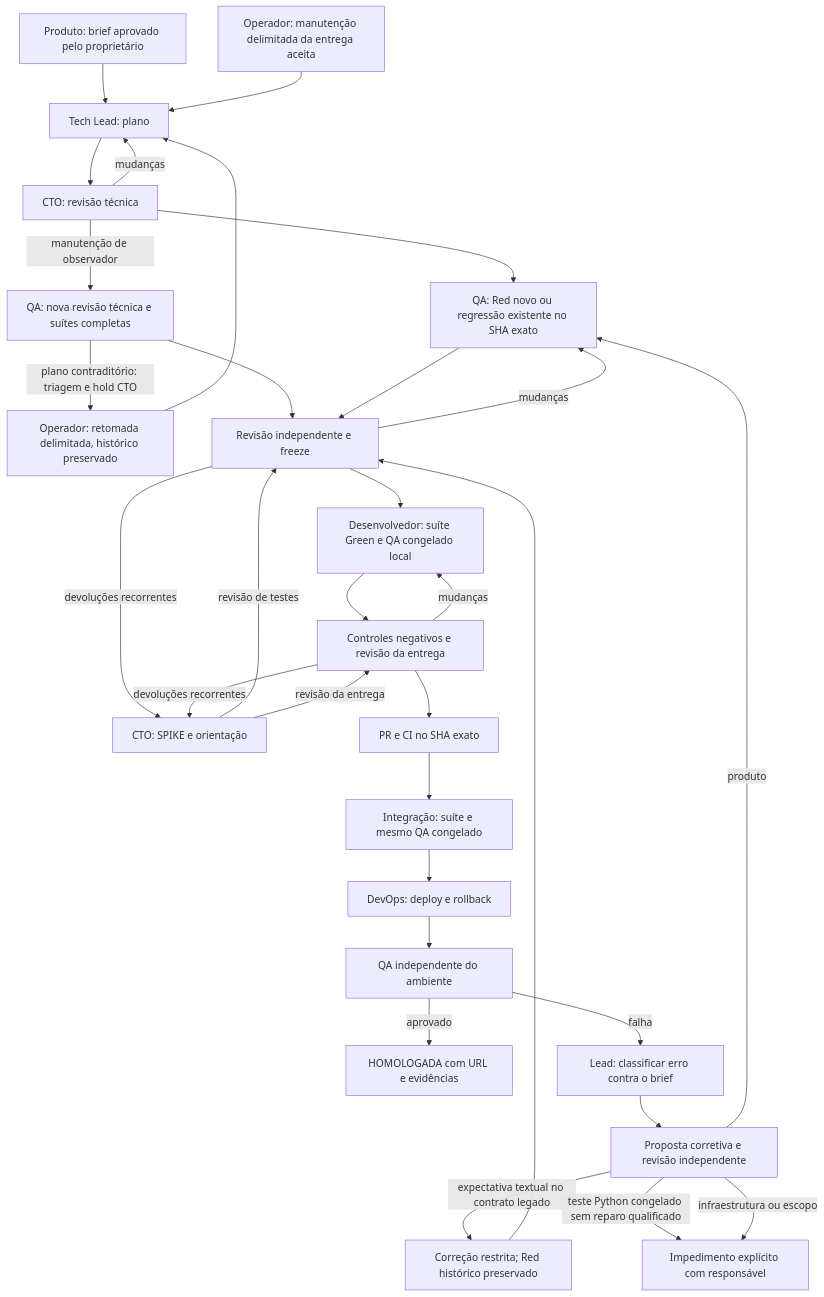
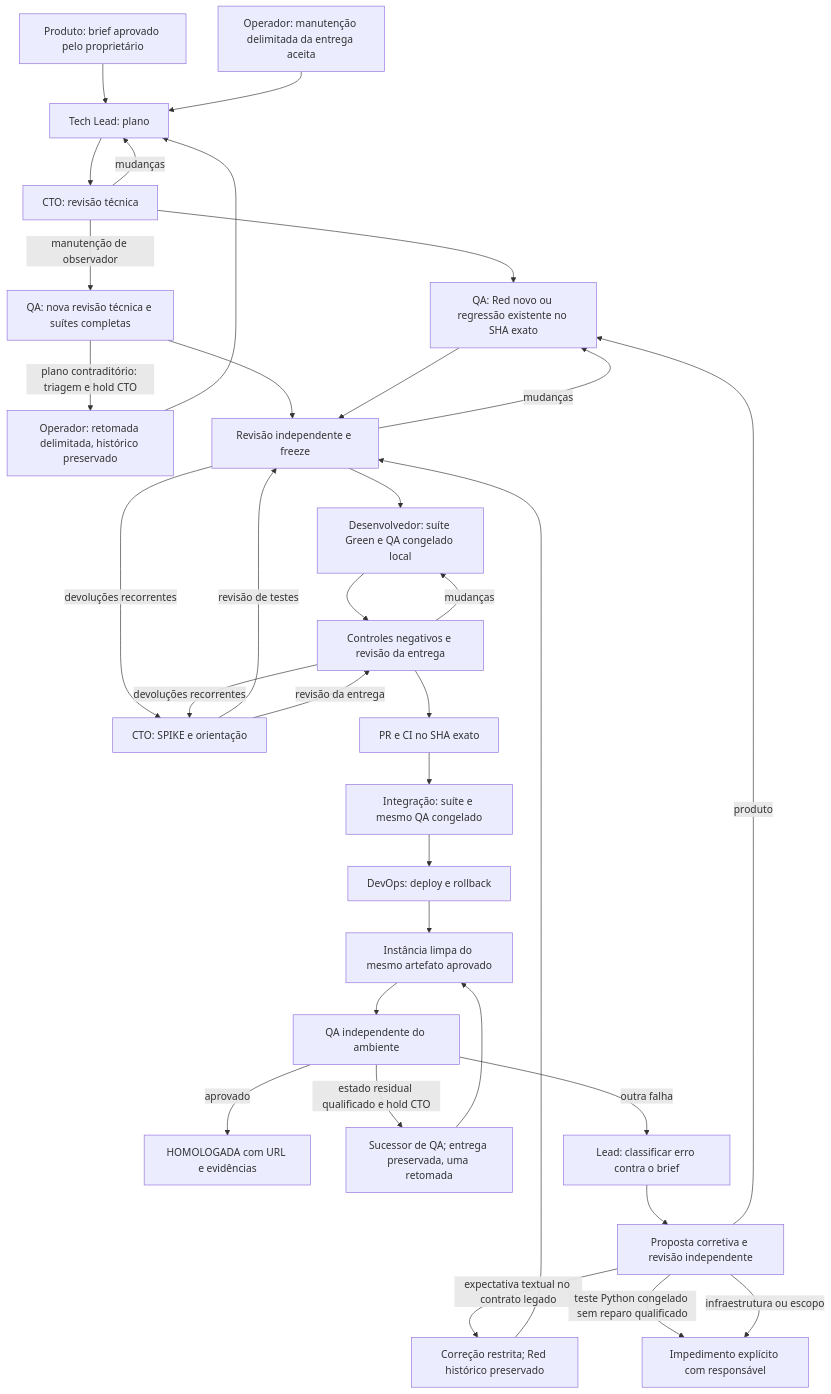
Before and after one commit to codifydeep/fabriquinha: the second of 4 diagrams in README.md, drawn with Mermaid. The commit also changed 10 other files, not shown here.

````diff
--- a/README.md
+++ b/README.md
@@ -97,33 +97,36 @@
 ```mermaid
 flowchart TD
     B[Produto: brief aprovado pelo proprietário] --> P[Tech Lead: plano]
     MA[Operador: manutenção delimitada da entrega aceita] --> P
     P --> C[CTO: revisão técnica]
     C -->|mudanças| P
     C --> T[QA: Red novo ou regressão existente no SHA exato]
     C -->|manutenção de observador| MT[QA: nova revisão técnica e suítes completas]
     MT -->|plano contraditório: triagem e hold CTO| MR[Operador: retomada delimitada, histórico preservado]
     MR --> P
     MT --> F
     T --> F[Revisão independente e freeze]
     F -->|mudanças| T
     F --> I[Desenvolvedor: suíte Green e QA congelado local]
     I --> N[Controles negativos e revisão da entrega]
     N -->|mudanças| I
     F -->|devoluções recorrentes| ER[CTO: SPIKE e orientação]
     N -->|devoluções recorrentes| ER
     ER -->|revisão de testes| F
     ER -->|revisão da entrega| N
     N --> PR[PR e CI no SHA exato]
     PR --> M[Integração: suíte e mesmo QA congelado]
     M --> D[DevOps: deploy e rollback]
-    D --> Q[QA independente do ambiente]
+    D --> QC[Instância limpa do mesmo artefato aprovado]
+    QC --> Q[QA independente do ambiente]
     Q -->|aprovado| H[HOMOLOGADA com URL e evidências]
-    Q -->|falha| X[Lead: classificar erro contra o brief]
+    Q -->|estado residual qualificado e hold CTO| QR[Sucessor de QA; entrega preservada, uma retomada]
+    QR --> QC
+    Q -->|outra falha| X[Lead: classificar erro contra o brief]
     X --> R[Proposta corretiva e revisão independente]
     R -->|produto| T
     R -->|expectativa textual no contrato legado| RT[Correção restrita; Red histórico preservado]
     RT --> F
     R -->|teste Python congelado sem reparo qualificado| E
     R -->|infraestrutura ou escopo| E[Impedimento explícito com responsável]
 ```
````
